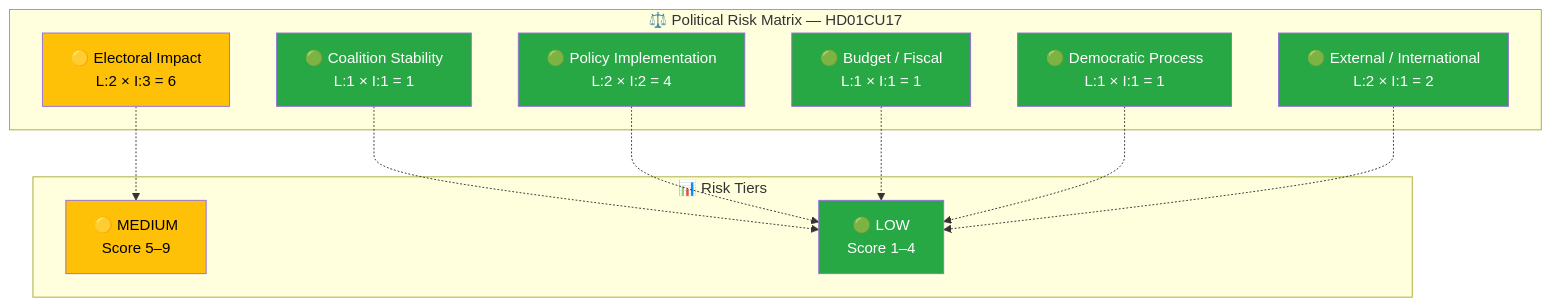
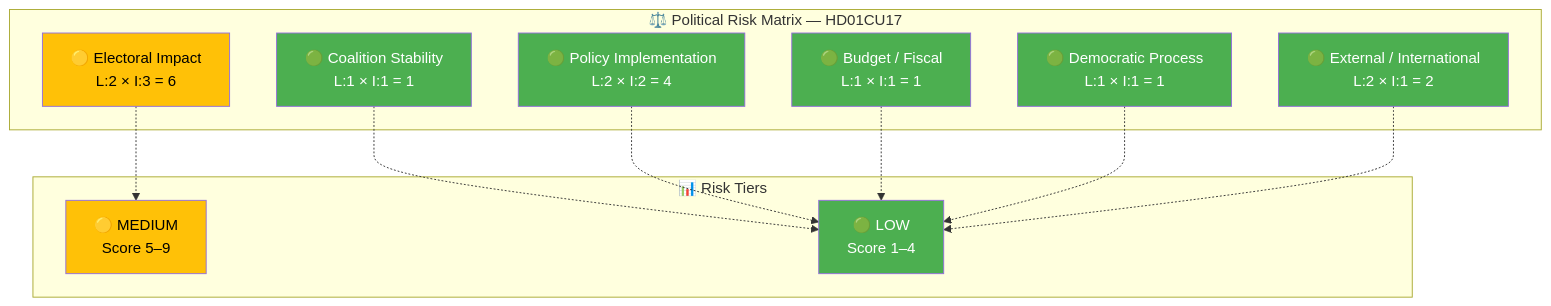
The second of 2 diagrams in analysis/daily/2026-03-27/committeeReports/documents/hd01cu17-analysis.md (Hack23/riksdagsmonitor), drawn with Mermaid before and after one commit. The commit also changed other lines of this file and 785 other files, not shown here.

First line of the commit message:
Normalize mermaid colors across 786 analysis artifacts to ISMS Style Guide palette

````diff
--- a/analysis/daily/2026-03-27/committeeReports/documents/hd01cu17-analysis.md
+++ b/analysis/daily/2026-03-27/committeeReports/documents/hd01cu17-analysis.md
@@ -82,32 +82,32 @@
 ```mermaid
 graph TD
     subgraph "⚖️ Political Risk Matrix — HD01CU17"
         R1["🟢 Coalition Stability<br/>L:1 × I:1 = 1"]
         R2["🟢 Policy Implementation<br/>L:2 × I:2 = 4"]
         R3["🟢 Budget / Fiscal<br/>L:1 × I:1 = 1"]
         R4["🟡 Electoral Impact<br/>L:2 × I:3 = 6"]
         R5["🟢 Democratic Process<br/>L:1 × I:1 = 1"]
         R6["🟢 External / International<br/>L:2 × I:1 = 2"]
     end
 
     subgraph "📊 Risk Tiers"
         T3["🟡 MEDIUM<br/>Score 5–9"]
         T4["🟢 LOW<br/>Score 1–4"]
     end
 
     R1 -.-> T4
     R2 -.-> T4
     R3 -.-> T4
     R4 -.-> T3
     R5 -.-> T4
     R6 -.-> T4
 
-    style R1 fill:#28a745,color:#fff
-    style R2 fill:#28a745,color:#fff
-    style R3 fill:#28a745,color:#fff
-    style R4 fill:#ffc107,color:#000
-    style R5 fill:#28a745,color:#fff
-    style R6 fill:#28a745,color:#fff
-    style T3 fill:#ffc107,color:#000
-    style T4 fill:#28a745,color:#fff
+    style R1 fill:#4CAF50,color:#FFFFFF
+    style R2 fill:#4CAF50,color:#FFFFFF
+    style R3 fill:#4CAF50,color:#FFFFFF
+    style R4 fill:#FFC107,color:#000000
+    style R5 fill:#4CAF50,color:#FFFFFF
+    style R6 fill:#4CAF50,color:#FFFFFF
+    style T3 fill:#FFC107,color:#000000
+    style T4 fill:#4CAF50,color:#FFFFFF
 ```
````
